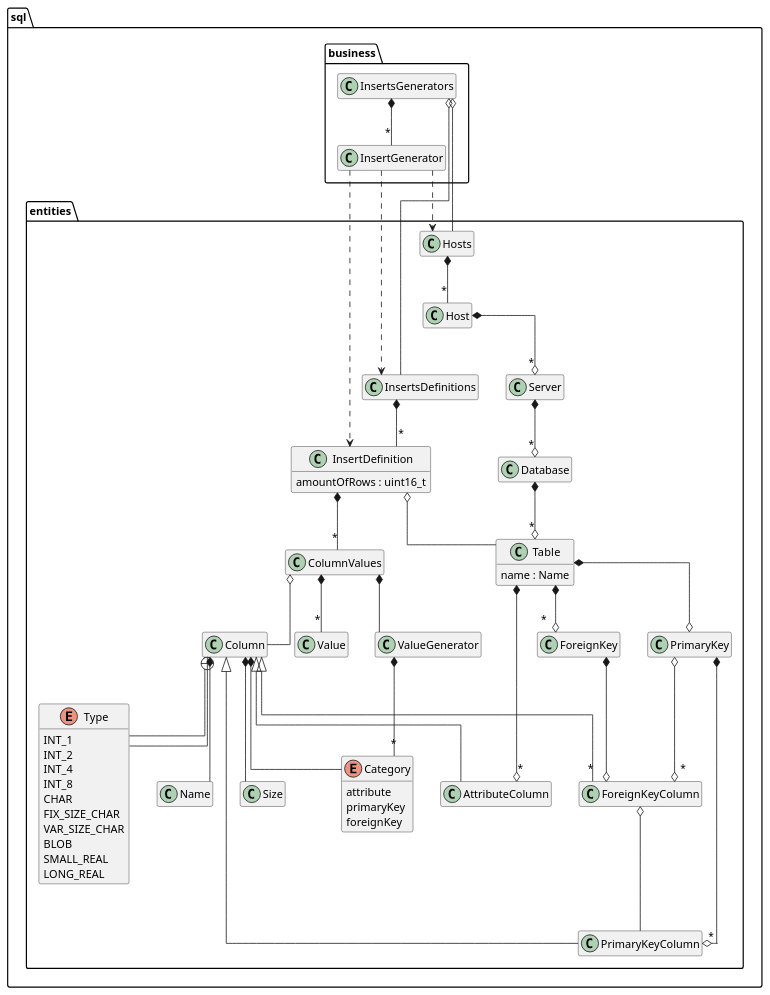
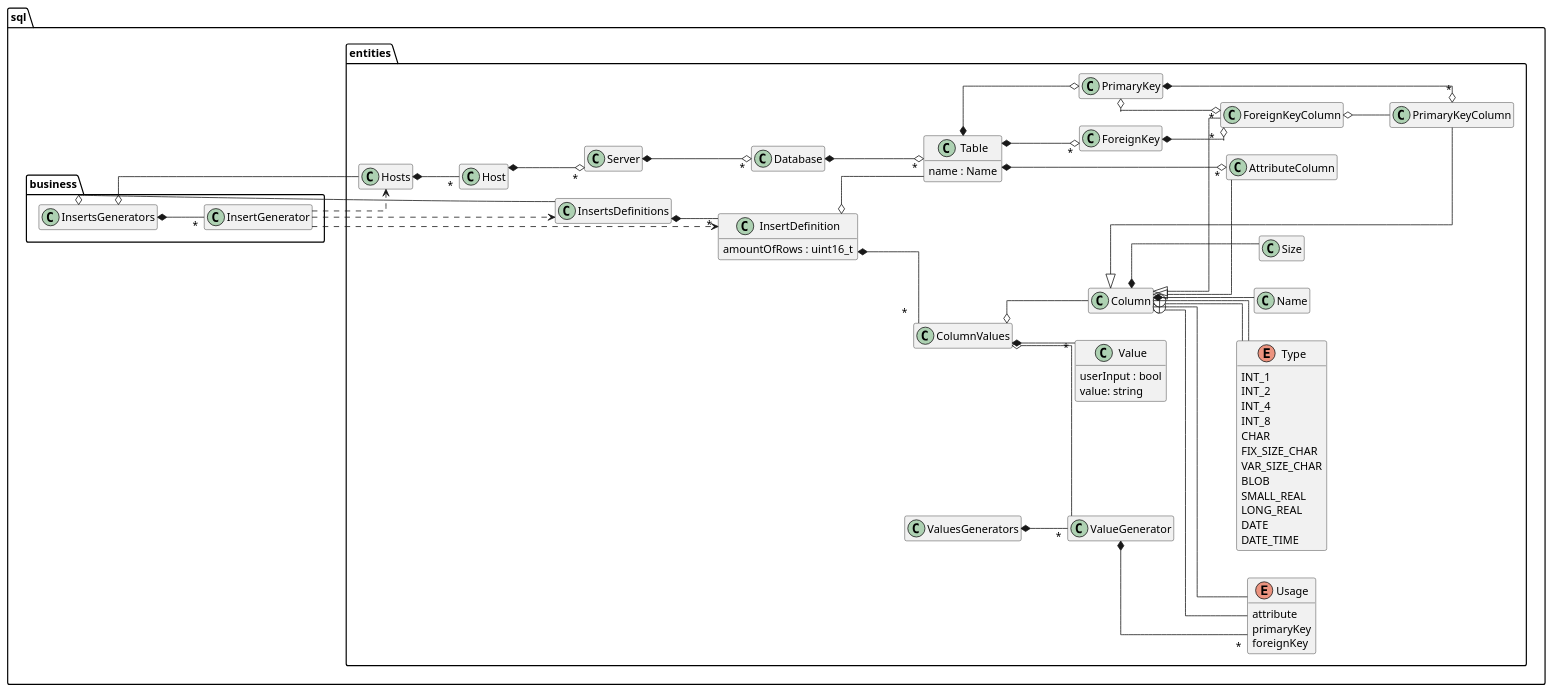
One commit to rodrigocanellas/tenacitas changed the diagram in code/sql/documents/sql2.plantuml. Above: the diagram before and after it, drawn with PlantUML. The commit also changed 17 other files, not shown here.

```diff
--- a/code/sql/documents/sql2.plantuml
+++ b/code/sql/documents/sql2.plantuml
@@ -1,123 +1,135 @@
 @startuml
 
 set namespaceSeparator ::
 
 hide empty members
 allow_mixing
-'left to right direction
+left to right direction
 skinparam linetype ortho
 
 
 namespace  sql {
 
 namespace entities {
 
 class Size
 enum Type {
 	INT_1
 	INT_2
 	INT_4
 	INT_8
 	CHAR
 	FIX_SIZE_CHAR
 	VAR_SIZE_CHAR
 	BLOB
 	SMALL_REAL
 	LONG_REAL
+	DATE
+	DATE_TIME
 }
 class Name
 
 
 class Column
 
-enum Category {
+enum Usage {
 	attribute
 	primaryKey
 	foreignKey
 }
 
 class PrimaryKeyColumn
 class ForeignKeyColumn
 class AttributeColumn
 
 class Table {
 	name : Name
 }
 
 class Database
 class Server
 class Host
 class Hosts
 
 class PrimaryKey
 class ForeignKey
 
 
 class ValueGenerator
 
 'class AttributeValueGenerator
  
 
 class InsertsDefinitions
 
 class InsertDefinition {
 	amountOfRows : uint16_t
 }
 
+class Value {
+	userInput : bool
+	value: string
+}
+
 class ColumnValues
+
+class ValuesGenerators
+
+ValuesGenerators *-- "*" ValueGenerator
 
 Hosts *-- "*" Host
 Host *--o "*" Server
 Server *--o "*" Database
 Database *--o "*" Table
 
-ColumnValues *-- ValueGenerator
+ColumnValues o-- ValueGenerator
 ColumnValues o-- Column
 ColumnValues *-- "*" Value
 
-ValueGenerator *-- "*" Category
+ValueGenerator *-- "*" Usage
 
 InsertsDefinitions *-- "*" InsertDefinition
 
 InsertDefinition o-- Table
 InsertDefinition *-- "*" ColumnValues
 
 PrimaryKey *--o "*" PrimaryKeyColumn
 ForeignKey *--o "*" ForeignKeyColumn
 PrimaryKey o--o "*" ForeignKeyColumn
 
 Table *--o PrimaryKey
 Table *--o "*" ForeignKey
 Table *--o "*" AttributeColumn
 
-Column *-- Category
+Column *-- Usage
+Column +-- Usage
 
 Column *-- Type
 Column +-- Type
 Column *-- Size
 Column *-- Name
 
 Column <|-- PrimaryKeyColumn
 Column <|-- ForeignKeyColumn
 Column <|-- AttributeColumn
 
 ForeignKeyColumn o-- PrimaryKeyColumn
 
 }
 
 namespace business {
 
 class InsertsGenerators
 class InsertGenerator
 
 InsertsGenerators *-- "*" InsertGenerator
 
 InsertsGenerators o-- sql::entities::InsertsDefinitions
 InsertsGenerators  o-- sql::entities::Hosts
 InsertGenerator ..> sql::entities::InsertsDefinitions
 InsertGenerator ..> sql::entities::InsertDefinition
 InsertGenerator ..> sql::entities::Hosts
 }
 }
 
 @enduml
```
